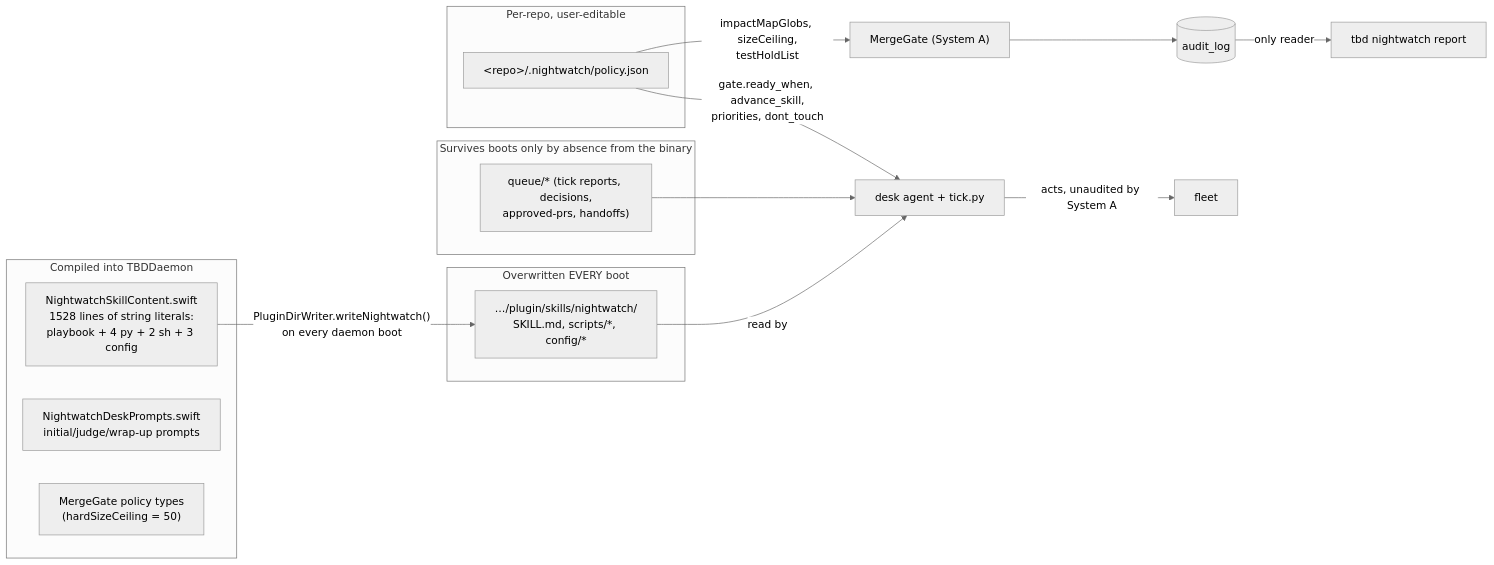
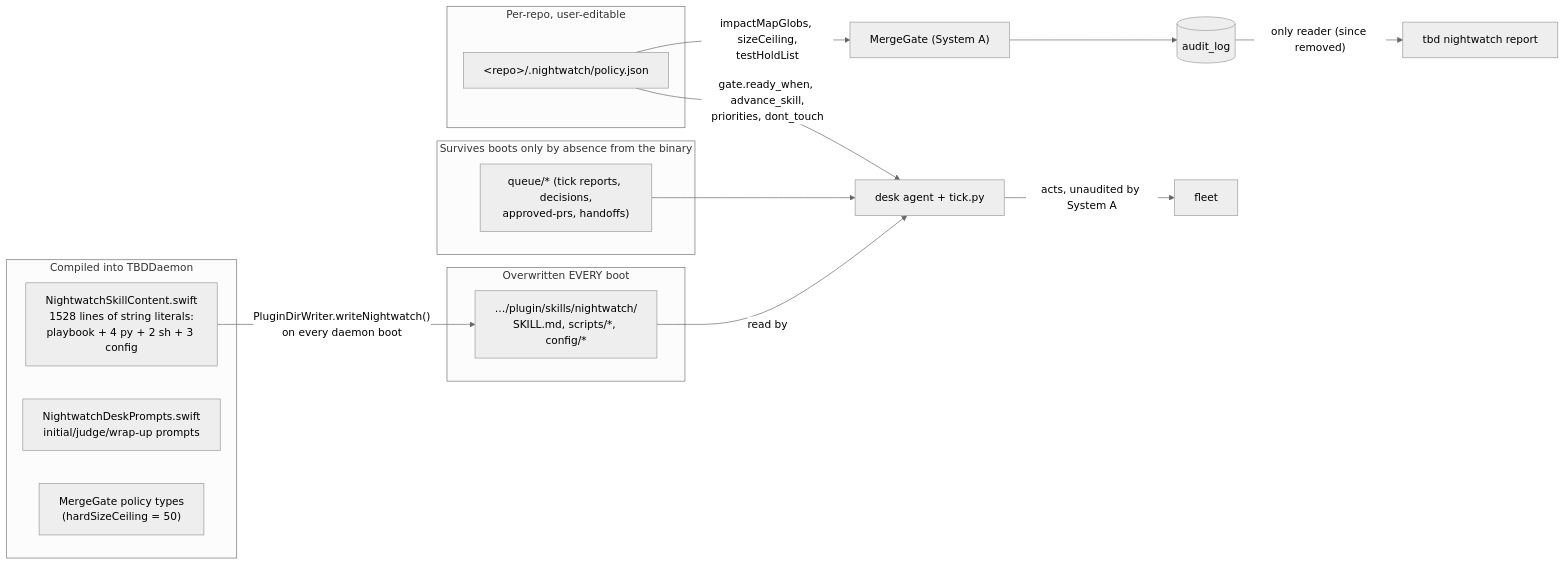
Before and after one commit to cheapsteak/tbd: the fourth of 5 diagrams in docs/nightwatch.md, drawn with Mermaid (neutral theme). The commit also changed other lines of this file and 2 other files, not shown here.

````diff
--- a/docs/nightwatch.md
+++ b/docs/nightwatch.md
@@ -234,29 +234,29 @@
 ```mermaid
 flowchart LR
     subgraph binary["Compiled into TBDDaemon"]
         nsc["NightwatchSkillContent.swift<br/>1528 lines of string literals:<br/>playbook + 4 py + 2 sh + 3 config"]
         prompts["NightwatchDeskPrompts.swift<br/>initial/judge/wrap-up prompts"]
         mg["MergeGate policy types<br/>(hardSizeCeiling = 50)"]
     end
 
     subgraph disk["Overwritten EVERY boot"]
         skill["…/plugin/skills/nightwatch/<br/>SKILL.md, scripts/*, config/*"]
     end
 
     subgraph survives["Survives boots only by absence from the binary"]
         queue["queue/* (tick reports, decisions,<br/>approved-prs, handoffs)"]
     end
 
     subgraph perRepo["Per-repo, user-editable"]
         pol["&lt;repo&gt;/.nightwatch/policy.json"]
     end
 
     nsc -->|"PluginDirWriter.writeNightwatch()<br/>on every daemon boot"| skill
     skill -->|"read by"| deskA["desk agent + tick.py"]
     queue --> deskA
     pol -->|"impactMapGlobs, sizeCeiling,<br/>testHoldList"| gateA["MergeGate (System A)"]
     pol -->|"gate.ready_when, advance_skill,<br/>priorities, dont_touch"| deskA
     gateA --> auditT[("audit_log")]
-    auditT -->|"only reader"| cli["tbd nightwatch report"]
+    auditT -->|"only reader (since removed)"| cli["tbd nightwatch report"]
     deskA -->|"acts, unaudited by System A"| fleet2["fleet"]
 ```
````
